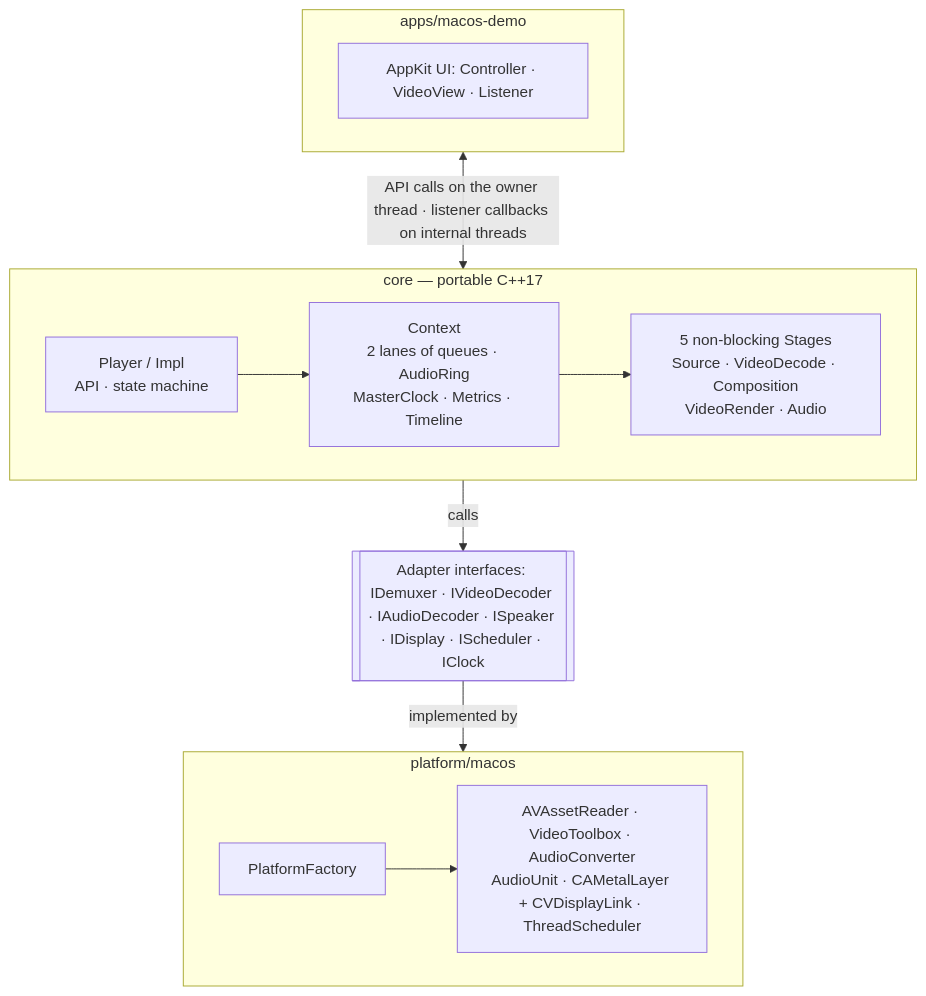
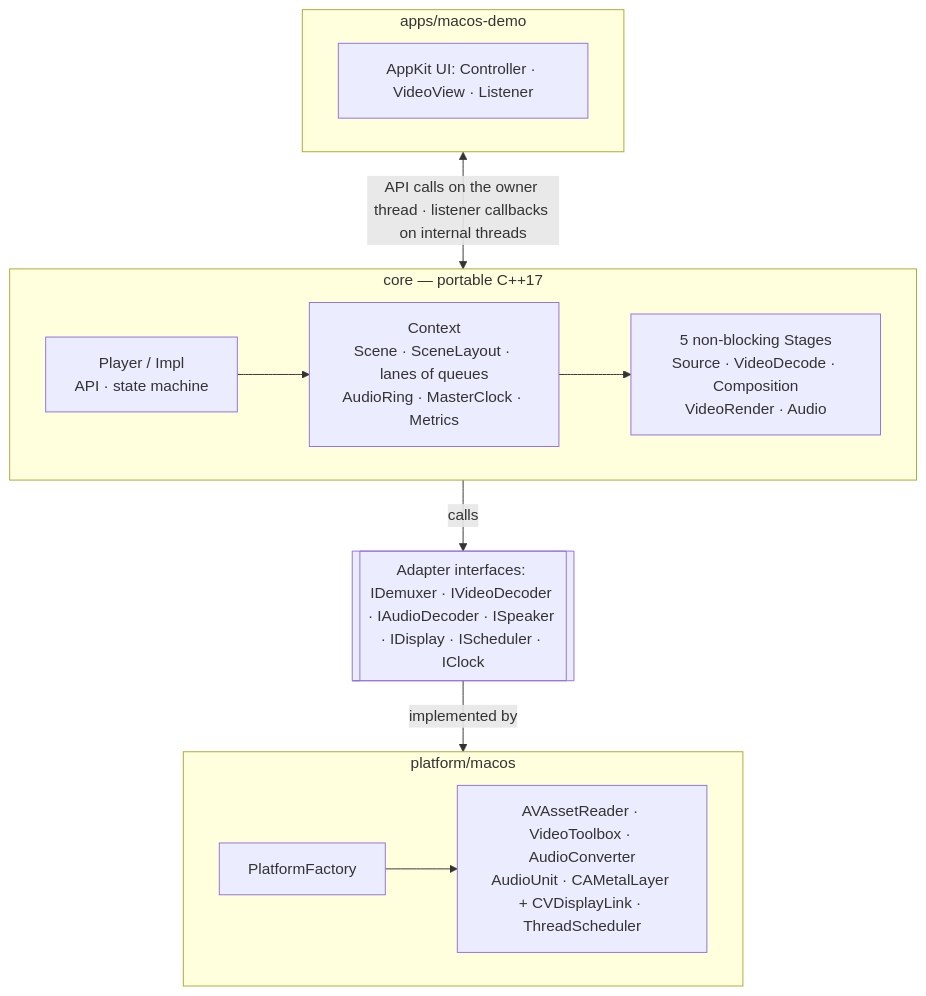
The first of 3 diagrams in README.md (aray4702/media_framework), drawn with Mermaid before and after one commit. The commit also changed other lines of this file and 24 other files, not shown here.

First line of the commit message:
Add track groups and effects, remove Timeline API, play-to-end items

````diff
--- a/README.md
+++ b/README.md
@@ -281,22 +287,22 @@
 ```mermaid
 flowchart TB
     subgraph app["apps/macos-demo"]
         UI["AppKit UI: Controller · VideoView · Listener"]
     end
 
     subgraph core["core — portable C++17"]
         direction LR
-        Player["Player / Impl<br/>API · state machine"] --> Ctx["Context<br/>2 lanes of queues · AudioRing<br/>MasterClock · Metrics · Timeline"] --> Stages["5 non-blocking Stages<br/>Source · VideoDecode · Composition<br/>VideoRender · Audio"]
+        Player["Player / Impl<br/>API · state machine"] --> Ctx["Context<br/>Scene · SceneLayout · lanes of queues<br/>AudioRing · MasterClock · Metrics"] --> Stages["5 non-blocking Stages<br/>Source · VideoDecode · Composition<br/>VideoRender · Audio"]
     end
 
     IF[["Adapter interfaces: IDemuxer · IVideoDecoder · IAudioDecoder · ISpeaker · IDisplay · IScheduler · IClock"]]
 
     subgraph mac["platform/macos"]
         direction LR
         PF["PlatformFactory"] --> Impl["AVAssetReader · VideoToolbox · AudioConverter<br/>AudioUnit · CAMetalLayer + CVDisplayLink · ThreadScheduler"]
     end
 
     app <-- "API calls on the owner thread · listener callbacks on internal threads" --> core
     core -- "calls" --> IF
     IF -- "implemented by" --> mac
 ```
````
